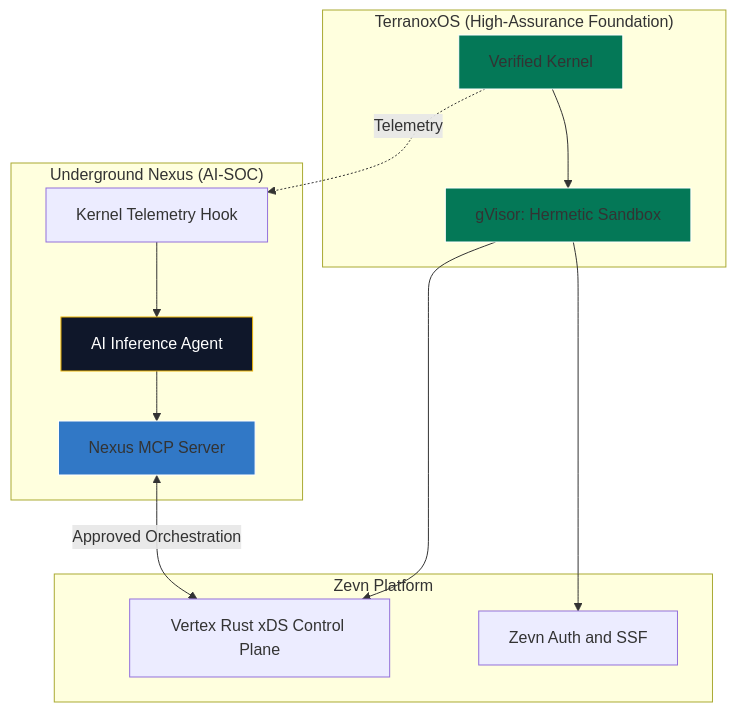
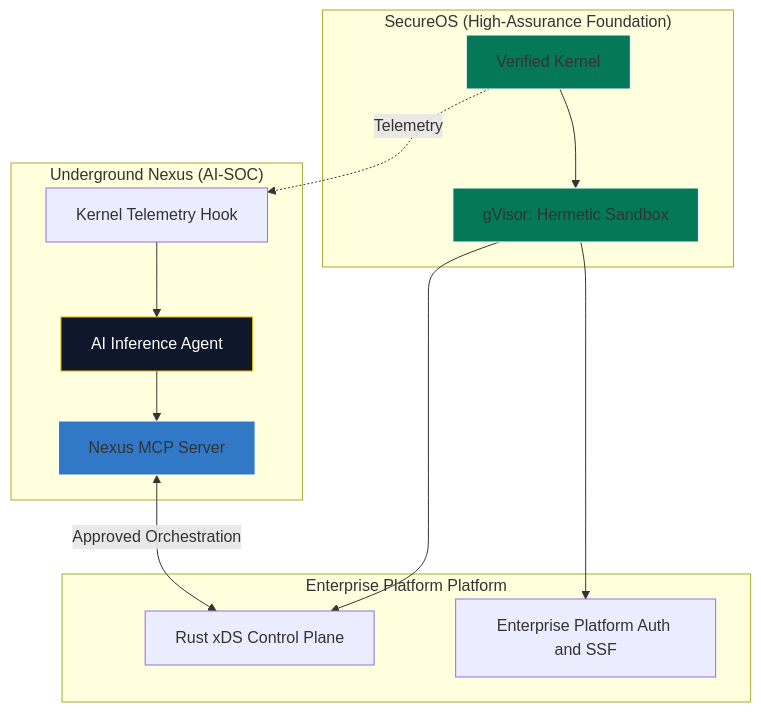
The second of 2 diagrams in docs/architecture/03-phased-implementation-roadmap.md (acald-creator/core-nexus), drawn with Mermaid before and after one commit. The commit also changed other lines of this file and 12 other files, not shown here.

````diff
--- a/docs/architecture/03-phased-implementation-roadmap.md
+++ b/docs/architecture/03-phased-implementation-roadmap.md
@@ -137,30 +137,30 @@
 ```mermaid
 graph TD
-    subgraph "TerranoxOS (High-Assurance Foundation)"
+    subgraph "SecureOS (High-Assurance Foundation)"
         A[Verified Kernel]
         B[gVisor: Hermetic Sandbox]
         A --> B
     end
 
-    subgraph "Zevn Platform"
-        C[Vertex Rust xDS Control Plane]
-        D[Zevn Auth and SSF]
+    subgraph "Enterprise Platform Platform"
+        C[Rust xDS Control Plane]
+        D[Enterprise Platform Auth and SSF]
         B --> C
         B --> D
     end
 
     subgraph "Underground Nexus (AI-SOC)"
         E[AI Inference Agent]
         F[Kernel Telemetry Hook]
         G[Nexus MCP Server]
         A -.->|Telemetry| F
         F --> E
         E --> G
         G <-->|Approved Orchestration| C
     end
 
     style A fill:#047857,stroke:#fff
     style B fill:#047857,stroke:#fff
     style E fill:#0f172a,stroke:#eab308,color:#fff
     style G fill:#3178c6,stroke:#fff
 ```
````
